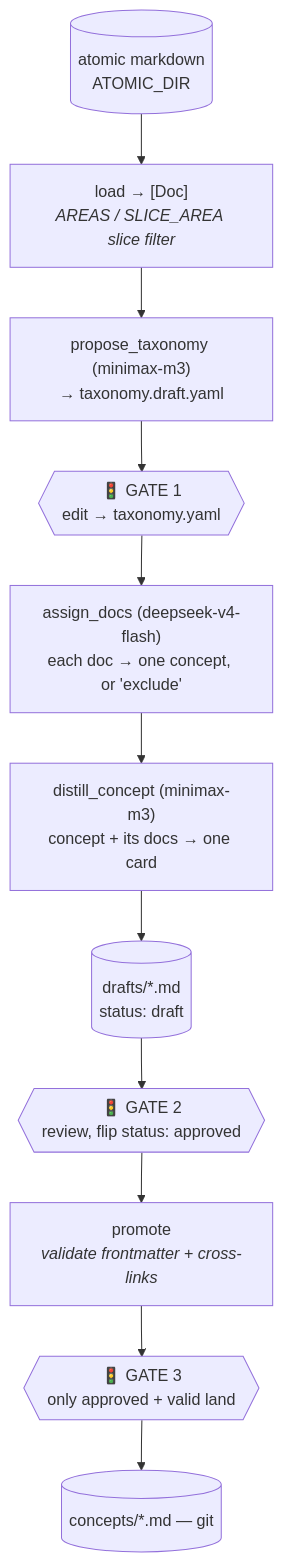
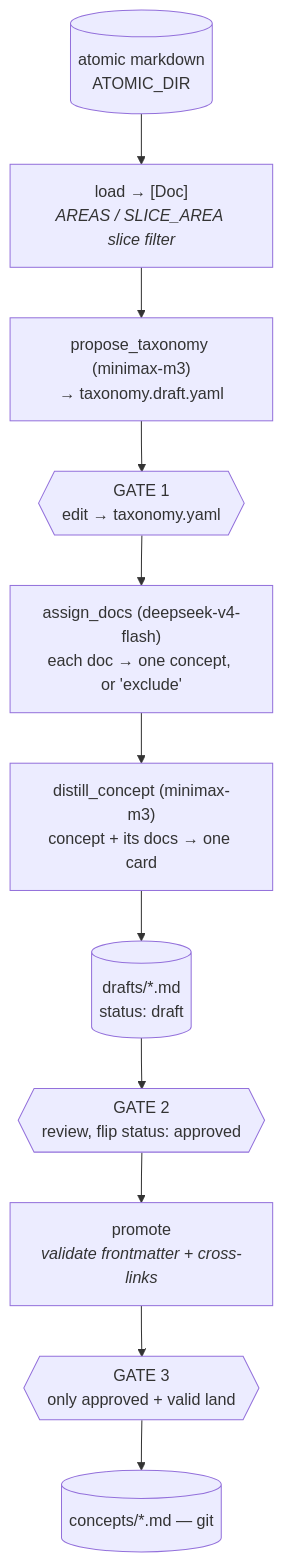
One commit to voyagerforge-dev/hive-intelligence changed the third of 9 diagrams in knowledge/okf/docs/OKF-Pipeline.md. Above: the diagram before and after it, drawn with Mermaid. The commit also changed other lines of this file, not shown here.

````diff
--- a/knowledge/okf/docs/OKF-Pipeline.md
+++ b/knowledge/okf/docs/OKF-Pipeline.md
@@ -239,13 +236,13 @@
 ```mermaid
 flowchart TD
     atomic[("atomic markdown<br/>ATOMIC_DIR")] --> load["load → [Doc]<br/><i>AREAS / SLICE_AREA slice filter</i>"]
     load --> tax["propose_taxonomy (minimax-m3)<br/>→ taxonomy.draft.yaml"]
-    tax --> g1{{"🚦 GATE 1<br/>edit → taxonomy.yaml"}}
+    tax --> g1{{"GATE 1<br/>edit → taxonomy.yaml"}}
     g1 --> assign["assign_docs (deepseek-v4-flash)<br/>each doc → one concept, or 'exclude'"]
     assign --> distill["distill_concept (minimax-m3)<br/>concept + its docs → one card"]
     distill --> drafts[("drafts/*.md<br/>status: draft")]
-    drafts --> g2{{"🚦 GATE 2<br/>review, flip status: approved"}}
+    drafts --> g2{{"GATE 2<br/>review, flip status: approved"}}
     g2 --> promote["promote<br/><i>validate frontmatter + cross-links</i>"]
-    promote --> g3{{"🚦 GATE 3<br/>only approved + valid land"}}
+    promote --> g3{{"GATE 3<br/>only approved + valid land"}}
     g3 --> cards[("concepts/*.md — git")]
 ```
````
